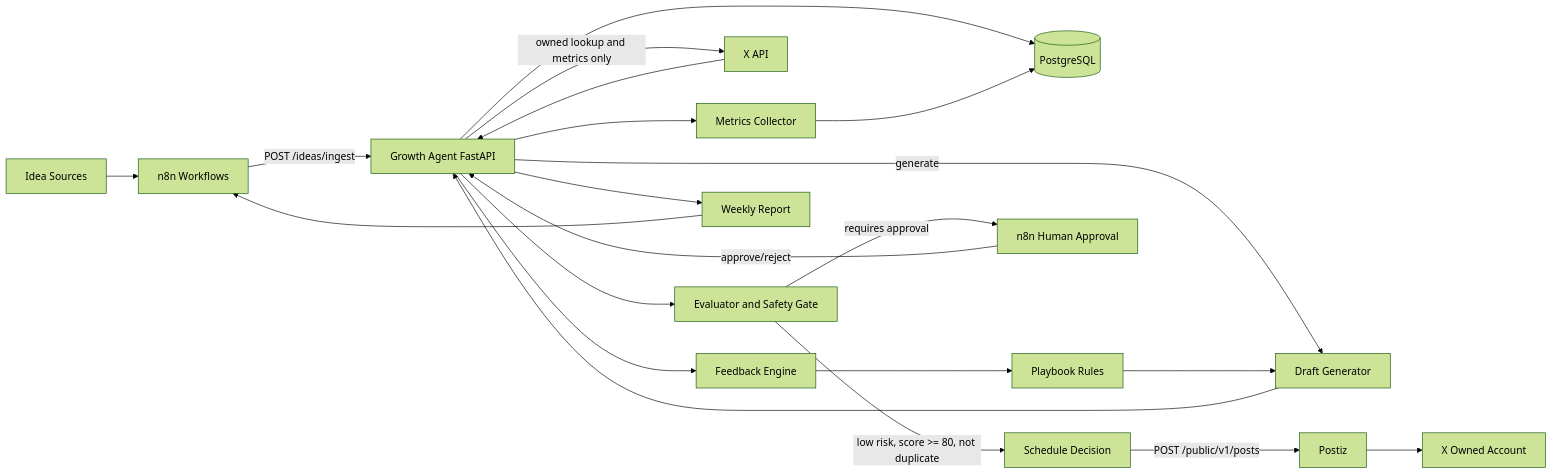
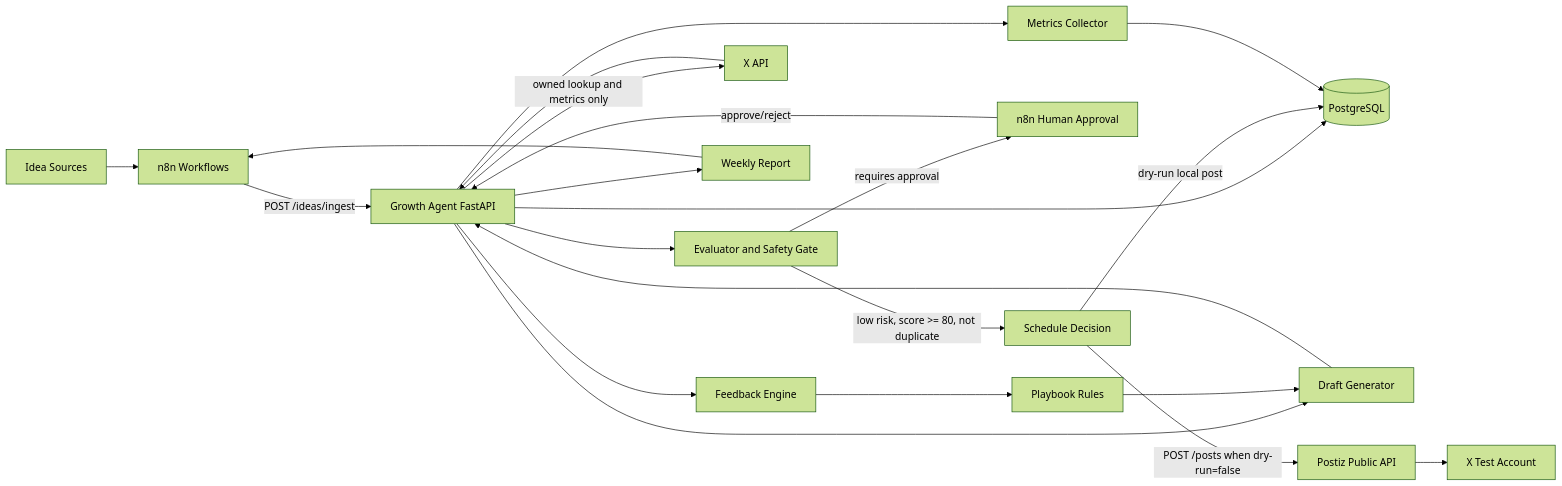
One commit to wasanemon/automation_x changed the diagram in docs/architecture.md. Above: the diagram before and after it, drawn with Mermaid (forest theme). The commit also changed other lines of this file and 21 other files, not shown here.

````diff
--- a/docs/architecture.md
+++ b/docs/architecture.md
@@ -5,23 +5,24 @@
 ```mermaid
 flowchart LR
     Sources[Idea Sources] --> N8N[n8n Workflows]
     N8N -->|POST /ideas/ingest| Agent[Growth Agent FastAPI]
     Agent --> DB[(PostgreSQL)]
-    Agent -->|generate| Drafts[Draft Generator]
+    Agent --> Drafts[Draft Generator]
     Drafts --> Agent
     Agent --> Evaluator[Evaluator and Safety Gate]
     Evaluator -->|low risk, score >= 80, not duplicate| Scheduler[Schedule Decision]
     Evaluator -->|requires approval| N8NApproval[n8n Human Approval]
     N8NApproval -->|approve/reject| Agent
-    Scheduler -->|POST /public/v1/posts| Postiz[Postiz]
-    Postiz --> X[X Owned Account]
+    Scheduler -->|dry-run local post| DB
+    Scheduler -->|POST /posts when dry-run=false| Postiz[Postiz Public API]
+    Postiz --> X[X Test Account]
     Agent -->|owned lookup and metrics only| XAPI[X API]
     XAPI --> Agent
     Agent --> Metrics[Metrics Collector]
     Metrics --> DB
     Agent --> Feedback[Feedback Engine]
     Feedback --> Playbook[Playbook Rules]
     Playbook --> Drafts
     Agent --> Reports[Weekly Report]
     Reports --> N8N
 ```
````
